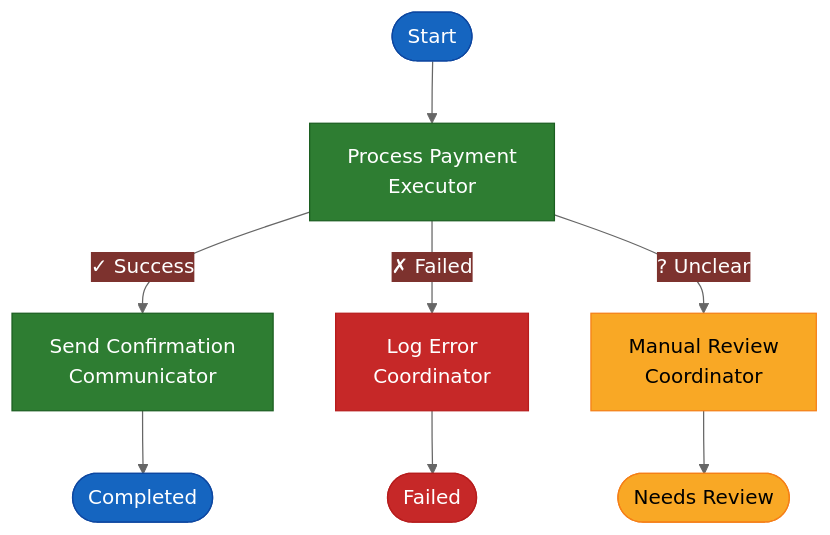
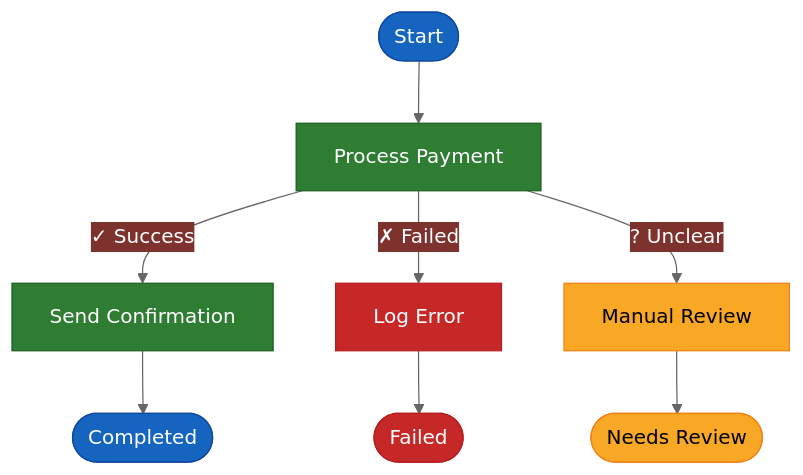
The seventh of 11 diagrams in docs/reference/visual-patterns.md (gcowin/approachable-workflows), drawn with Mermaid before and after one commit. The commit also changed other lines of this file and 58 other files, not shown here.

````diff
--- a/docs/reference/visual-patterns.md
+++ b/docs/reference/visual-patterns.md
@@ -283,20 +281,20 @@
 ```mermaid
 %%{init: {'theme':'base', 'themeVariables': {'primaryColor':'#2E7D32','primaryTextColor':'#fff','lineColor':'#666'}}}%%
 graph TD
-    Start([Start]) --> A[Process Payment<br/>Executor]
-    A -->|✓ Success| B[Send Confirmation<br/>Communicator]
-    A -->|✗ Failed| C[Log Error<br/>Coordinator]
-    A -->|? Unclear| D[Manual Review<br/>Coordinator]
+    Start([Start]) --> A[Process Payment]
+    A -->|✓ Success| B[Send Confirmation]
+    A -->|✗ Failed| C[Log Error]
+    A -->|? Unclear| D[Manual Review]
     B --> End1([Completed])
     C --> End2([Failed])
     D --> End3([Needs Review])
     
     style Start fill:#1565C0,stroke:#0D47A1,color:#fff
     style A fill:#2E7D32,stroke:#1B5E20,color:#fff
     style B fill:#2E7D32,stroke:#1B5E20,color:#fff
     style C fill:#C62828,stroke:#B71C1C,color:#fff
     style D fill:#F9A825,stroke:#F57F17,color:#000
     style End1 fill:#1565C0,stroke:#0D47A1,color:#fff
     style End2 fill:#C62828,stroke:#B71C1C,color:#fff
     style End3 fill:#F9A825,stroke:#F57F17,color:#000
 ```
````
